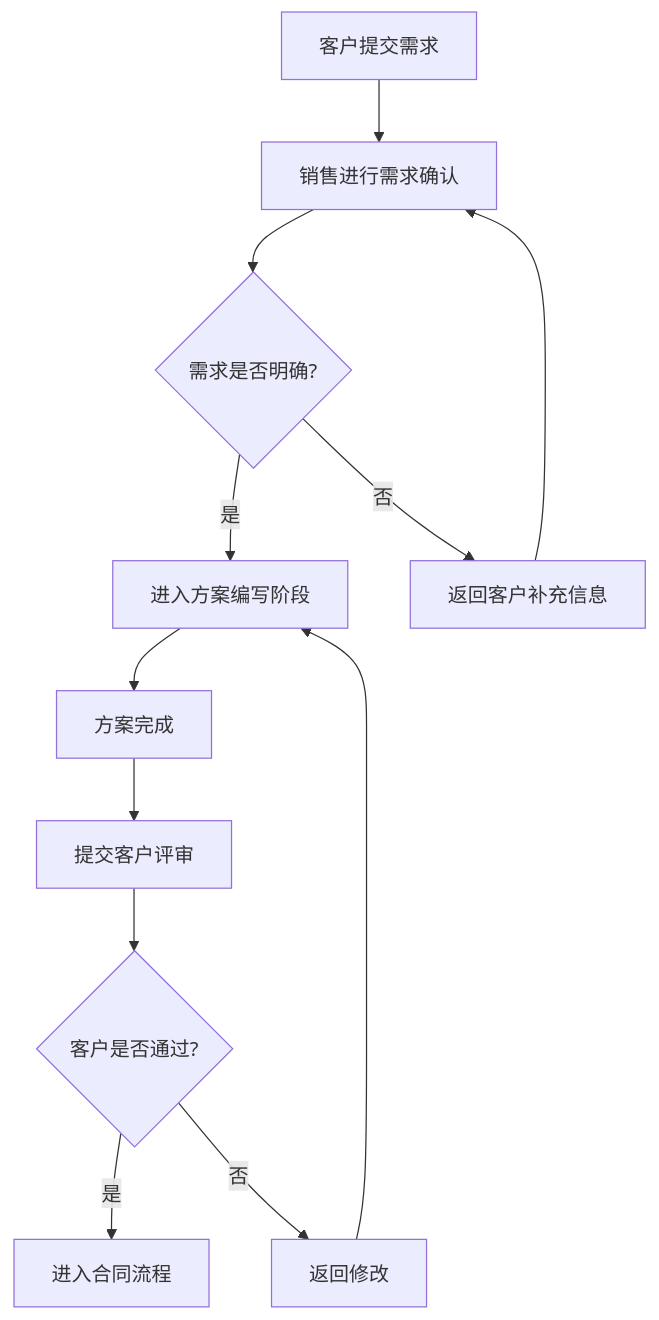
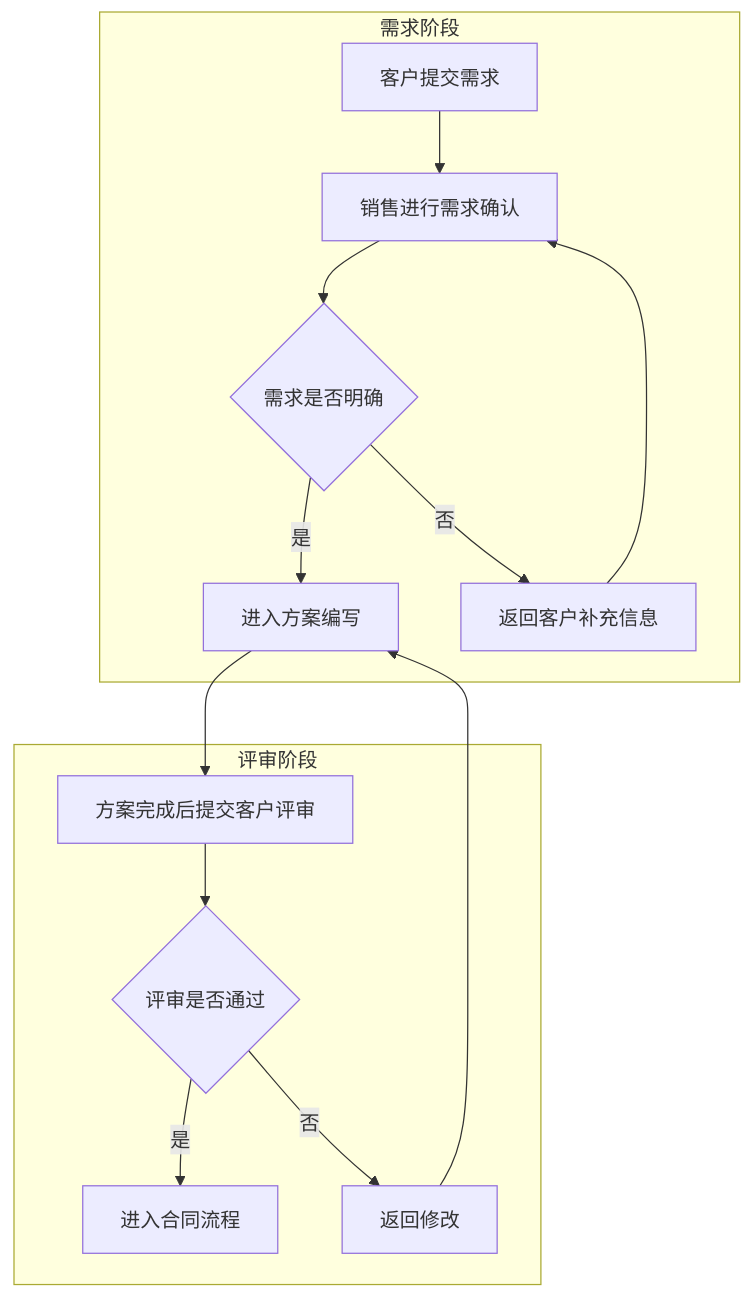
The diagram in cases/autoflow-agent/sample.md (Dilysy/agent-portfolio-cases), drawn with Mermaid before and after one commit. The commit also changed other lines of this file and 94 other files, not shown here.

````diff
--- a/cases/autoflow-agent/sample.md
+++ b/cases/autoflow-agent/sample.md
@@ -37,14 +56,17 @@
 ```mermaid
-flowchart TD
-    A[客户提交需求] --> B[销售进行需求确认]
-    B --> C{需求是否明确?}
-    C -- 是 --> D[进入方案编写阶段]
-    C -- 否 --> E[返回客户补充信息]
-    E --> B
-    D --> F[方案完成]
-    F --> G[提交客户评审]
-    G --> H{客户是否通过?}
-    H -- 是 --> I[进入合同流程]
-    H -- 否 --> J[返回修改]
-    J --> D
+graph TD
+    subgraph 需求阶段
+        A[客户提交需求] --> B[销售进行需求确认]
+        B --> C{需求是否明确}
+        C -- 是 --> D[进入方案编写]
+        C -- 否 --> E[返回客户补充信息]
+        E --> B
+    end
+    subgraph 评审阶段
+        D --> F[方案完成后提交客户评审]
+        F --> G{评审是否通过}
+        G -- 是 --> H[进入合同流程]
+        G -- 否 --> I[返回修改]
+        I --> D
+    end
 ```
````
